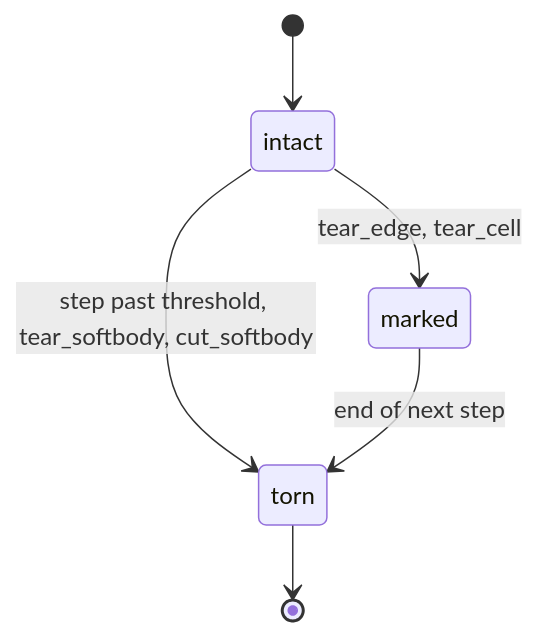
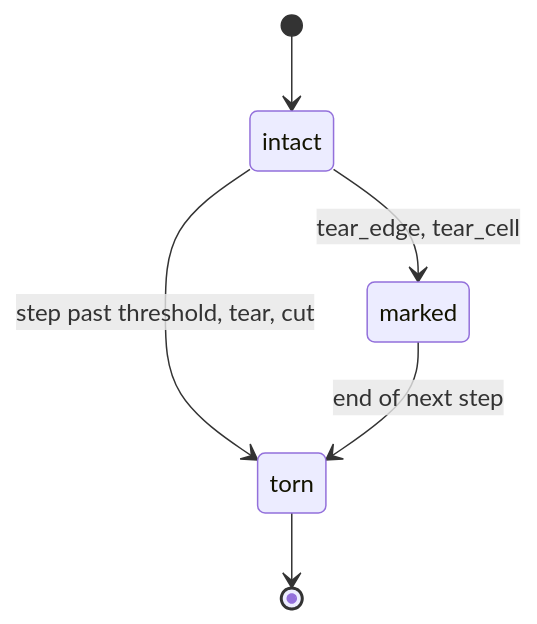
Before and after one commit to balaurengine/balaur: the tenth of 31 diagrams in docs/LIFECYCLE-runtime.md, drawn with Mermaid. The commit also changed other lines of this file and 521 other files, not shown here.

````diff
--- a/docs/LIFECYCLE-runtime.md
+++ b/docs/LIFECYCLE-runtime.md
@@ -696,8 +696,8 @@
 ```mermaid
 stateDiagram-v2
     [*] --> intact
     intact --> marked: tear_edge, tear_cell
-    intact --> torn: step past threshold, tear_softbody, cut_softbody
+    intact --> torn: step past threshold, tear, cut
     marked --> torn: end of next step
     torn --> [*]
 ```
````
